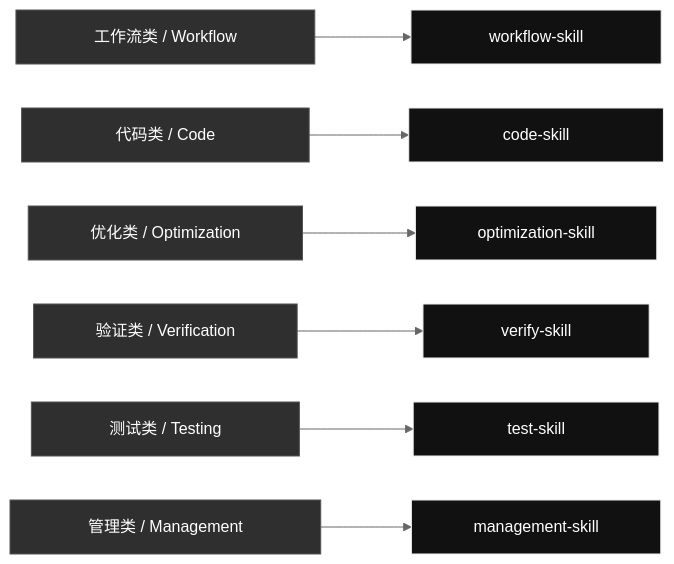
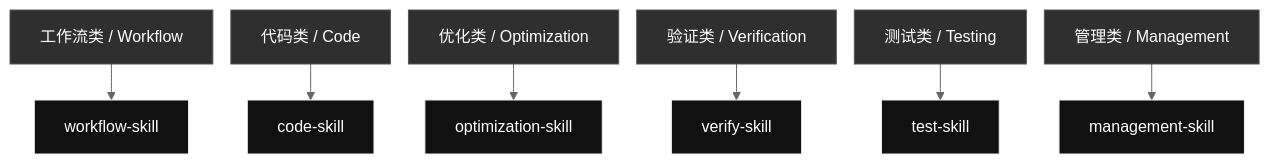
The second of 2 diagrams in README.md (qinbatista/qin-codex-skills), drawn with Mermaid (neutral theme) before and after one commit. The commit also changed other lines of this file and 2 other files, not shown here.

Commit message:
Compact skill map and show contents first

````diff
--- a/README.md
+++ b/README.md
@@ -174,20 +174,20 @@
 ```mermaid
-%%{init: {"flowchart": {"nodeSpacing": 44, "rankSpacing": 88, "wrappingWidth": 340}}}%%
-flowchart LR
-  category_Workflow["&emsp;&emsp;&emsp;工作流类 / Workflow&emsp;&emsp;&emsp;"]
-  category_Workflow --> skill_workflow_skill["&emsp;&emsp;&emsp;workflow-skill&emsp;&emsp;&emsp;"]
-  category_Code["&emsp;&emsp;&emsp;&emsp;代码类 / Code&emsp;&emsp;&emsp;&emsp;"]
-  category_Code --> skill_code_skill["&emsp;&emsp;&emsp;&emsp;code-skill&emsp;&emsp;&emsp;&emsp;"]
-  category_Optimization["&emsp;&emsp;优化类 / Optimization&emsp;&emsp;"]
-  category_Optimization --> skill_optimization_skill["&emsp;&emsp;optimization-skill&emsp;&emsp;"]
-  category_Verification["&emsp;&emsp;验证类 / Verification&emsp;&emsp;"]
-  category_Verification --> skill_verify_skill["&emsp;&emsp;&emsp;verify-skill&emsp;&emsp;&emsp;"]
-  category_Testing["&emsp;&emsp;&emsp;测试类 / Testing&emsp;&emsp;&emsp;"]
-  category_Testing --> skill_test_skill["&emsp;&emsp;&emsp;&emsp;test-skill&emsp;&emsp;&emsp;&emsp;"]
-  category_Management["&emsp;&emsp;&emsp;管理类 / Management&emsp;&emsp;&emsp;"]
-  category_Management --> skill_management_skill["&emsp;&emsp;management-skill&emsp;&emsp;"]
+%%{init: {"flowchart": {"nodeSpacing": 18, "rankSpacing": 36, "wrappingWidth": 220}}}%%
+flowchart TD
+  category_Workflow["工作流类 / Workflow"]
+  category_Workflow --> skill_workflow_skill["workflow-skill"]
+  category_Code["代码类 / Code"]
+  category_Code --> skill_code_skill["code-skill"]
+  category_Optimization["优化类 / Optimization"]
+  category_Optimization --> skill_optimization_skill["optimization-skill"]
+  category_Verification["验证类 / Verification"]
+  category_Verification --> skill_verify_skill["verify-skill"]
+  category_Testing["测试类 / Testing"]
+  category_Testing --> skill_test_skill["test-skill"]
+  category_Management["管理类 / Management"]
+  category_Management --> skill_management_skill["management-skill"]
   classDef category fill:#2f2f2f,color:#fff,stroke:#555;
   classDef skill fill:#111,color:#fff,stroke:#eee;
   class category_Workflow,category_Code,category_Optimization,category_Verification,category_Testing,category_Management category;
   class skill_workflow_skill,skill_code_skill,skill_optimization_skill,skill_verify_skill,skill_test_skill,skill_management_skill skill;
 ```
````
